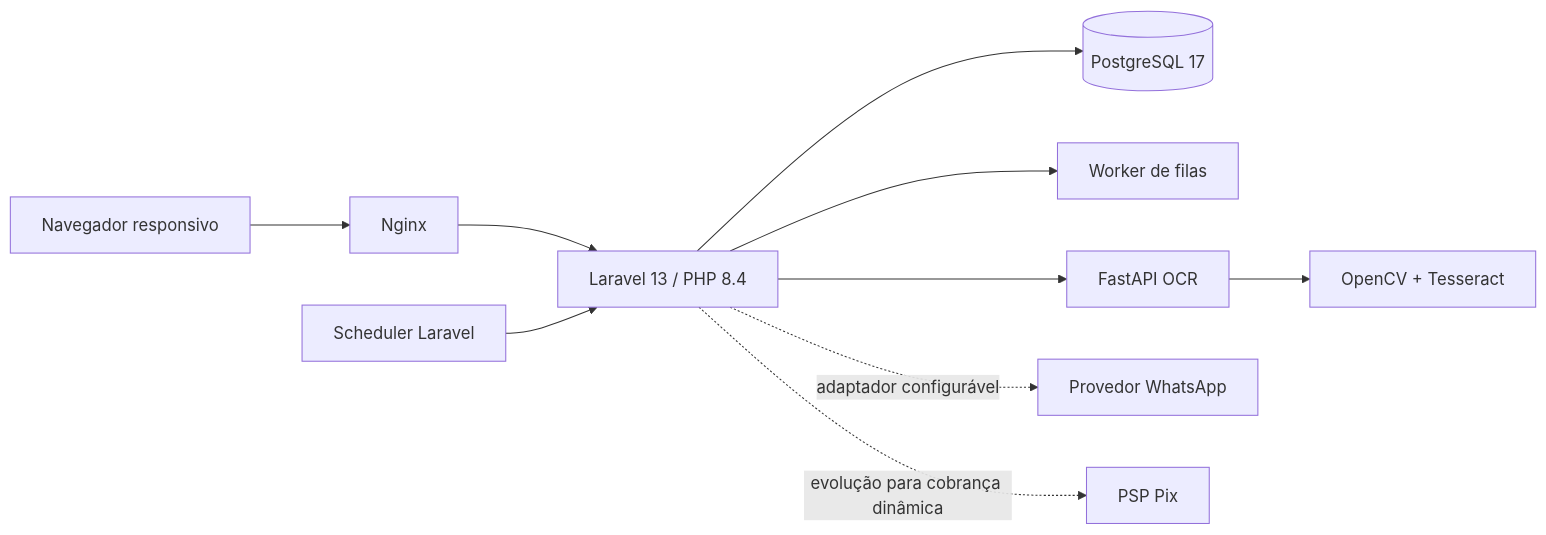
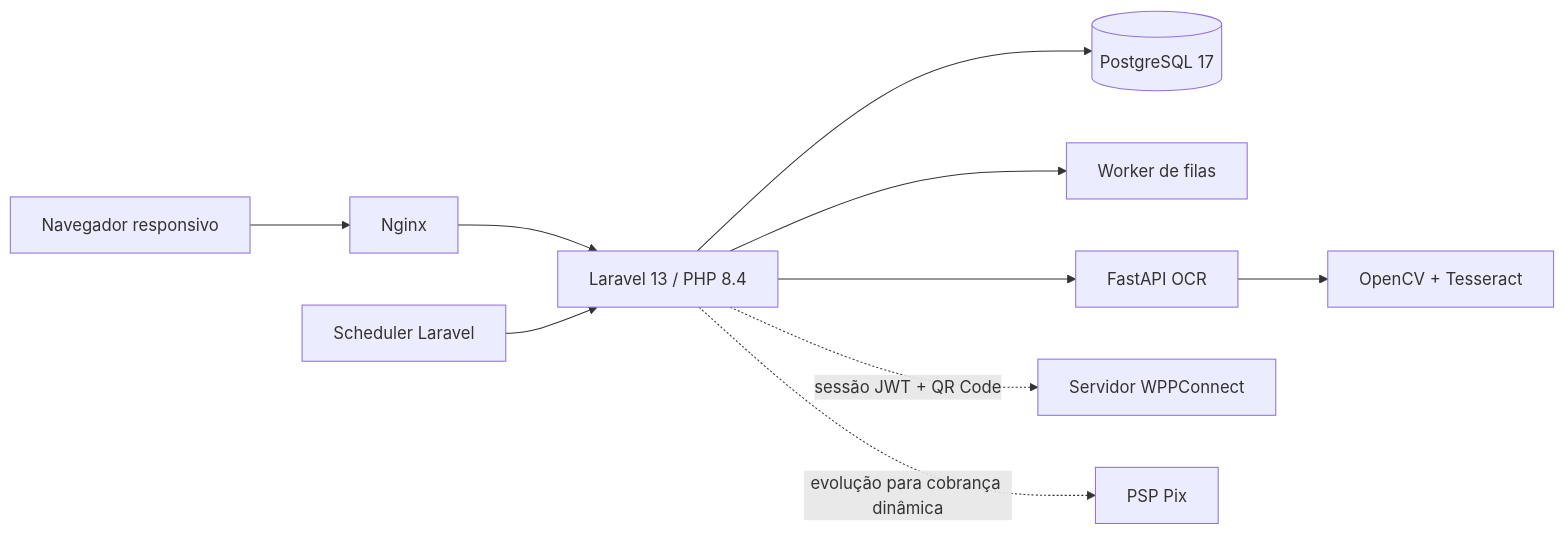
Before and after one commit to josival87/aluguelPro: the first of 2 diagrams in docs/ARCHITECTURE.md, drawn with Mermaid. The commit also changed other lines of this file and 84 other files, not shown here.

````diff
--- a/docs/ARCHITECTURE.md
+++ b/docs/ARCHITECTURE.md
@@ -5,12 +5,12 @@
 ```mermaid
 flowchart LR
     U["Navegador responsivo"] --> N["Nginx"]
     N --> L["Laravel 13 / PHP 8.4"]
     L --> P[("PostgreSQL 17")]
     L --> Q["Worker de filas"]
     S["Scheduler Laravel"] --> L
     L --> O["FastAPI OCR"]
     O --> T["OpenCV + Tesseract"]
-    L -. "adaptador configurável" .-> W["Provedor WhatsApp"]
+    L -. "sessão JWT + QR Code" .-> W["Servidor WPPConnect"]
     L -. "evolução para cobrança dinâmica" .-> PSP["PSP Pix"]
 ```
````
